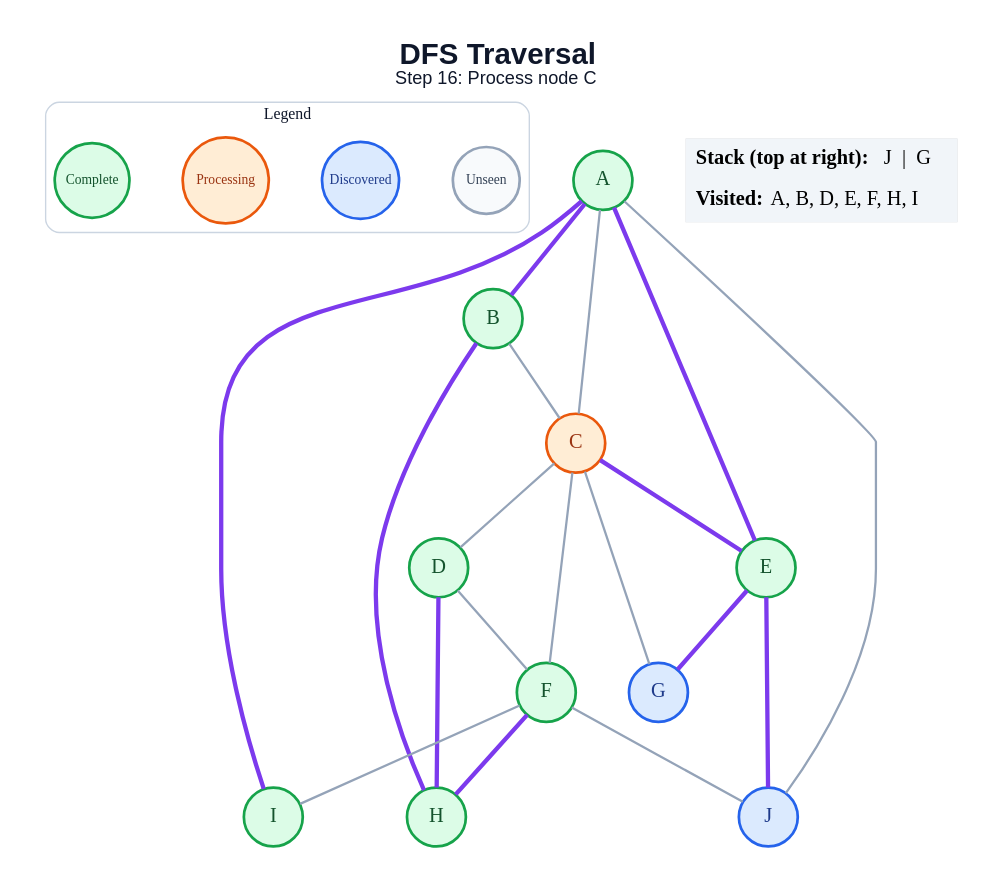
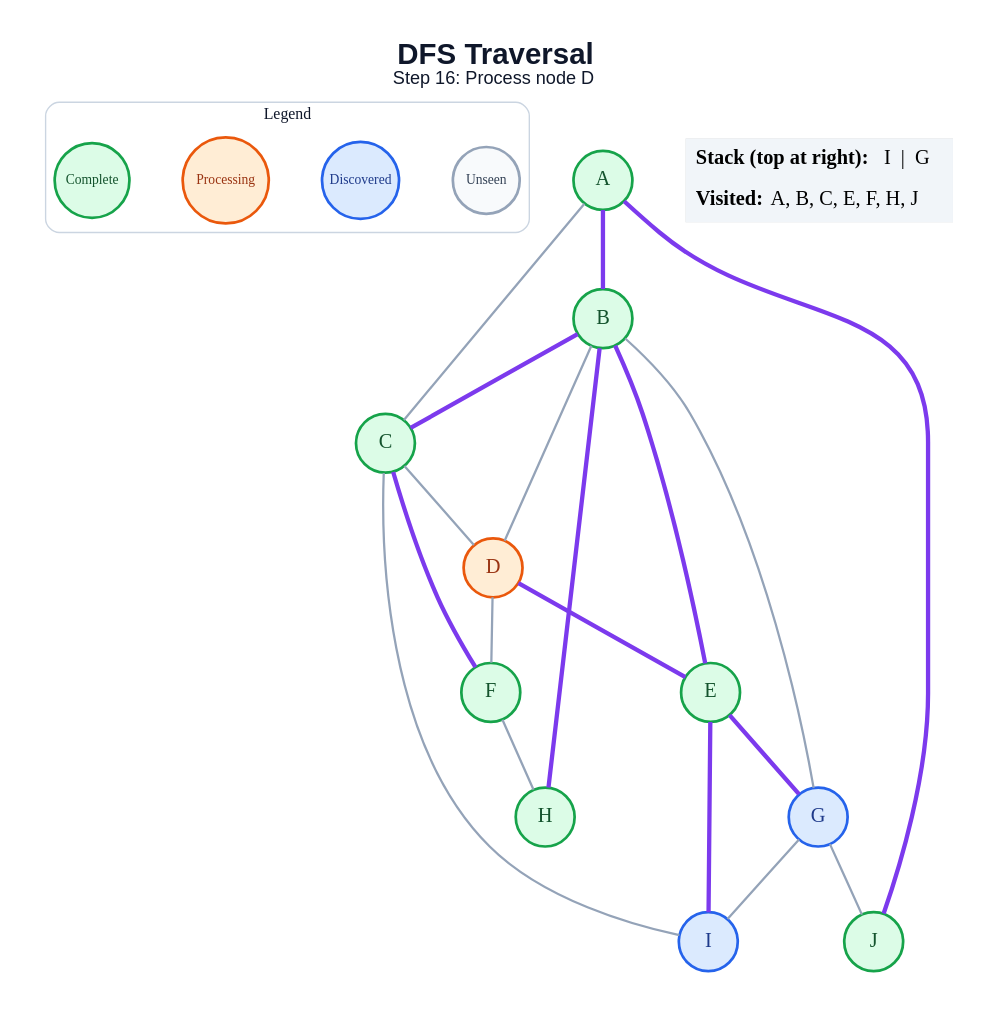
Before and after one commit to amanghodawala9/ai-slop: the diagram in generated/specific-node/dfs/step_16.dot, drawn with Graphviz. The commit also changed 178 other files, not shown here.

```diff
--- a/generated/specific-node/dfs/step_16.dot
+++ b/generated/specific-node/dfs/step_16.dot
@@ -1,47 +1,47 @@
 graph traversal {
   graph [layout=dot, rankdir=TB, bgcolor="#FFFFFF", pad="0.35", nodesep="0.65", ranksep="0.8", fontname="Arial"];
   node [shape=circle, style="filled", fontname="Arial Bold", fontsize=18, width=0.72, fixedsize=true, penwidth=2.4];
   edge [color="#94A3B8", penwidth=2.0];
-  label=<<B>DFS Traversal</B><BR/><FONT POINT-SIZE="16">Step 16: Process node C</FONT>>; labelloc="t"; fontsize=26; fontname="Arial"; fontcolor="#0F172A";
+  label=<<B>DFS Traversal</B><BR/><FONT POINT-SIZE="16">Step 16: Process node D</FONT>>; labelloc="t"; fontsize=26; fontname="Arial"; fontcolor="#0F172A";
   subgraph cluster_legend { label="Legend"; color="#CBD5E1"; penwidth=1.2; style="rounded"; fontsize=14; fontname="Arial Bold";
     key_unseen [label="Unseen", fillcolor="#F8FAFC", color="#94A3B8", fontcolor="#334155", fontsize=12, width=0.82];
     key_frontier [label="Discovered", fillcolor="#DBEAFE", color="#2563EB", fontcolor="#1E3A8A", fontsize=12, width=0.95];
     key_current [label="Processing", fillcolor="#FFEDD5", color="#EA580C", fontcolor="#9A3412", fontsize=12, width=1.05];
     key_done [label="Complete", fillcolor="#DCFCE7", color="#16A34A", fontcolor="#14532D", fontsize=12, width=0.92];
     { rank=same; key_unseen; key_frontier; key_current; key_done; }
   }
   A [fillcolor="#DCFCE7", color="#16A34A", fontcolor="#14532D"];
   B [fillcolor="#DCFCE7", color="#16A34A", fontcolor="#14532D"];
-  C [fillcolor="#FFEDD5", color="#EA580C", fontcolor="#9A3412"];
-  D [fillcolor="#DCFCE7", color="#16A34A", fontcolor="#14532D"];
+  C [fillcolor="#DCFCE7", color="#16A34A", fontcolor="#14532D"];
+  D [fillcolor="#FFEDD5", color="#EA580C", fontcolor="#9A3412"];
   E [fillcolor="#DCFCE7", color="#16A34A", fontcolor="#14532D"];
   F [fillcolor="#DCFCE7", color="#16A34A", fontcolor="#14532D"];
   G [fillcolor="#DBEAFE", color="#2563EB", fontcolor="#1E3A8A"];
   H [fillcolor="#DCFCE7", color="#16A34A", fontcolor="#14532D"];
-  I [fillcolor="#DCFCE7", color="#16A34A", fontcolor="#14532D"];
-  J [fillcolor="#DBEAFE", color="#2563EB", fontcolor="#1E3A8A"];
+  I [fillcolor="#DBEAFE", color="#2563EB", fontcolor="#1E3A8A"];
+  J [fillcolor="#DCFCE7", color="#16A34A", fontcolor="#14532D"];
   A -- B [color="#7C3AED", penwidth=3.8];
   A -- C;
-  A -- E [color="#7C3AED", penwidth=3.8];
-  A -- I [color="#7C3AED", penwidth=3.8];
-  A -- J;
-  B -- C;
+  A -- J [color="#7C3AED", penwidth=3.8];
+  B -- C [color="#7C3AED", penwidth=3.8];
+  B -- D;
+  B -- E [color="#7C3AED", penwidth=3.8];
+  B -- G;
   B -- H [color="#7C3AED", penwidth=3.8];
   C -- D;
-  C -- E [color="#7C3AED", penwidth=3.8];
-  C -- F;
-  C -- G;
+  C -- F [color="#7C3AED", penwidth=3.8];
+  C -- I;
+  D -- E [color="#7C3AED", penwidth=3.8];
   D -- F;
-  D -- H [color="#7C3AED", penwidth=3.8];
   E -- G [color="#7C3AED", penwidth=3.8];
-  E -- J [color="#7C3AED", penwidth=3.8];
-  F -- H [color="#7C3AED", penwidth=3.8];
-  F -- I;
-  F -- J;
+  E -- I [color="#7C3AED", penwidth=3.8];
+  F -- H;
+  G -- I;
+  G -- J;
   status [shape=plain, fixedsize=false, width=0, height=0, margin=0, label=<
     <TABLE BORDER="0" CELLBORDER="0" CELLPADDING="7" BGCOLOR="#F1F5F9">
-      <TR><TD ALIGN="LEFT"><B>Stack (top at right):</B> J  |  G</TD></TR>
-      <TR><TD ALIGN="LEFT"><B>Visited:</B> A, B, D, E, F, H, I</TD></TR>
+      <TR><TD ALIGN="LEFT"><B>Stack (top at right):</B> I  |  G</TD></TR>
+      <TR><TD ALIGN="LEFT"><B>Visited:</B> A, B, C, E, F, H, J</TD></TR>
     </TABLE>
   >];
 }
```
